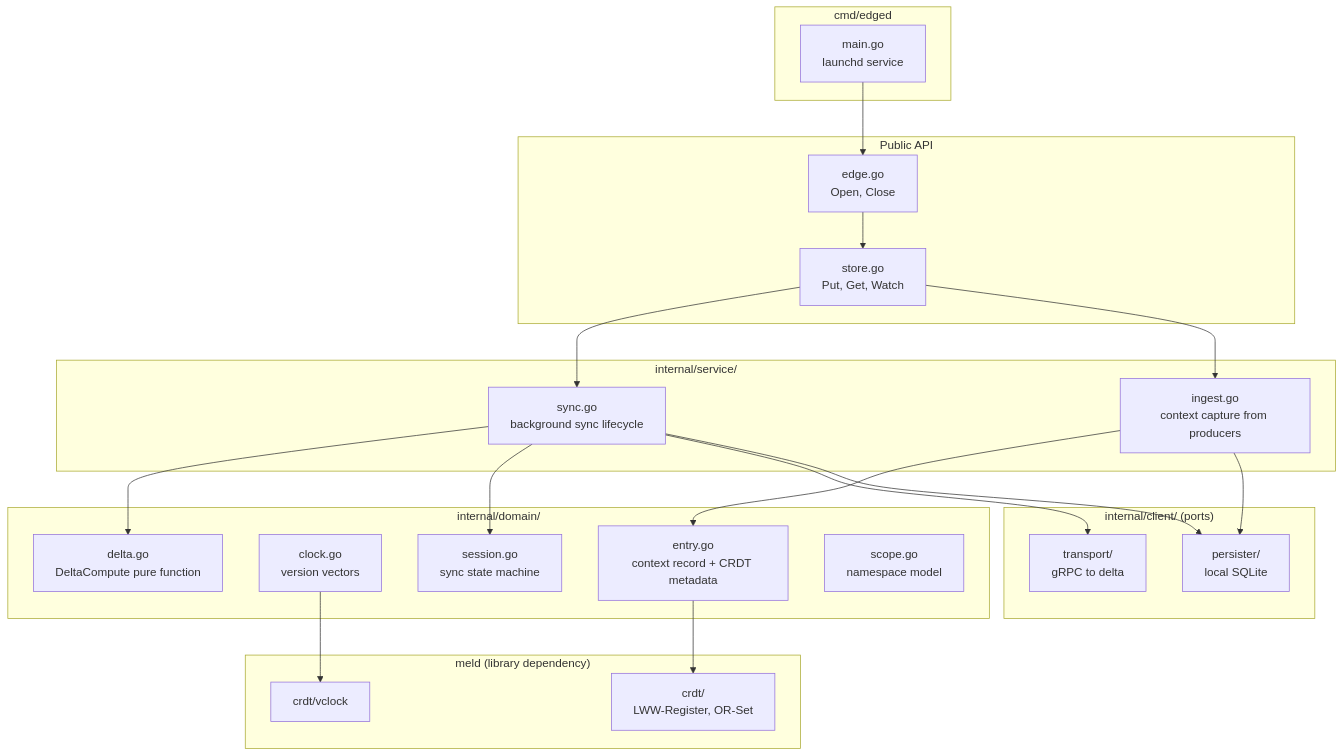
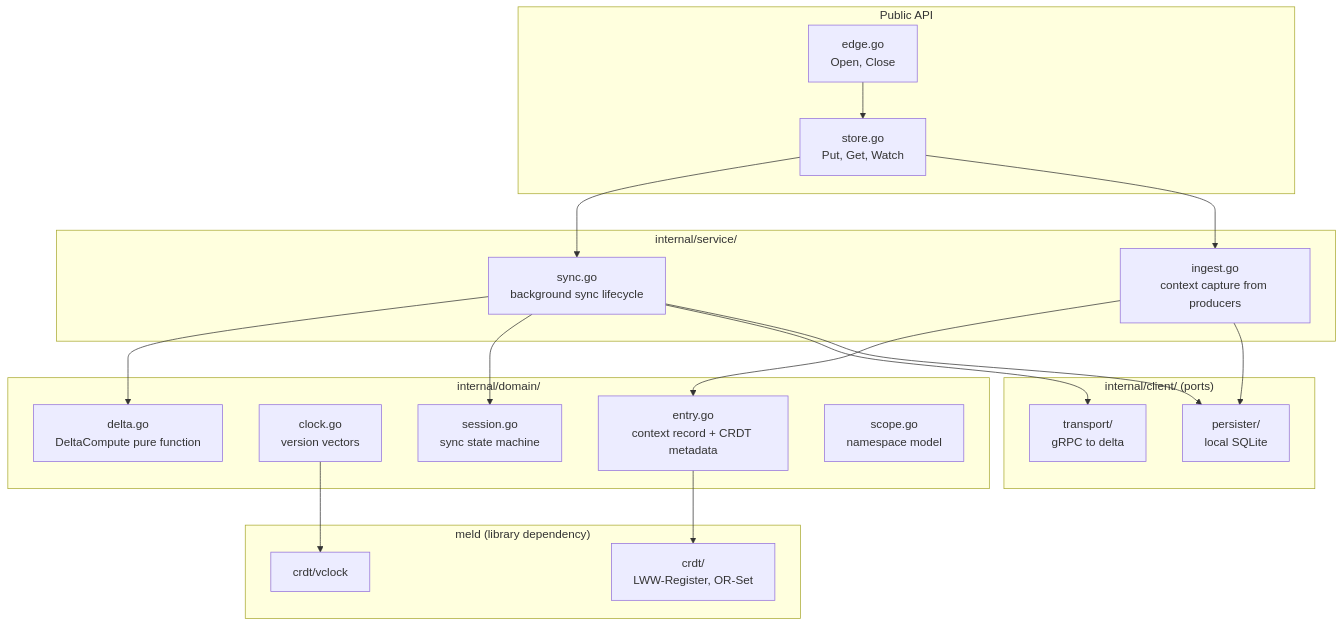
One commit to w-h-a/edge changed the second of 3 diagrams in README.md. Above: the diagram before and after it, drawn with Mermaid. The commit also changed other lines of this file and 2 other files, not shown here.

````diff
--- a/README.md
+++ b/README.md
@@ -53,47 +51,42 @@
 ```mermaid
 graph TD
-    subgraph "cmd/edged"
-        MAIN[main.go<br/>launchd service]
-    end
-
     subgraph "Public API"
         EDGE[edge.go<br/>Open, Close]
         STORE[store.go<br/>Put, Get, Watch]
     end
 
     subgraph "internal/domain/"
         ENT[entry.go<br/>context record + CRDT metadata]
         CLK[clock.go<br/>version vectors]
         DLT[delta.go<br/>DeltaCompute pure function]
         SES[session.go<br/>sync state machine]
         SCP[scope.go<br/>namespace model]
     end
 
     subgraph "internal/service/"
         SYN[sync.go<br/>background sync lifecycle]
         ING[ingest.go<br/>context capture from producers]
     end
 
     subgraph "internal/client/ (ports)"
         PER[persister/<br/>local SQLite]
         TRA[transport/<br/>gRPC to delta]
     end
 
     subgraph "meld (library dependency)"
         CRDT[crdt/<br/>LWW-Register, OR-Set]
         VC[crdt/vclock]
     end
 
-    MAIN --> EDGE
     EDGE --> STORE
     STORE --> SYN
     STORE --> ING
     SYN --> DLT
     SYN --> SES
     SYN --> TRA
     SYN --> PER
     ING --> ENT
     ING --> PER
     ENT --> CRDT
     CLK --> VC
 ```
````
